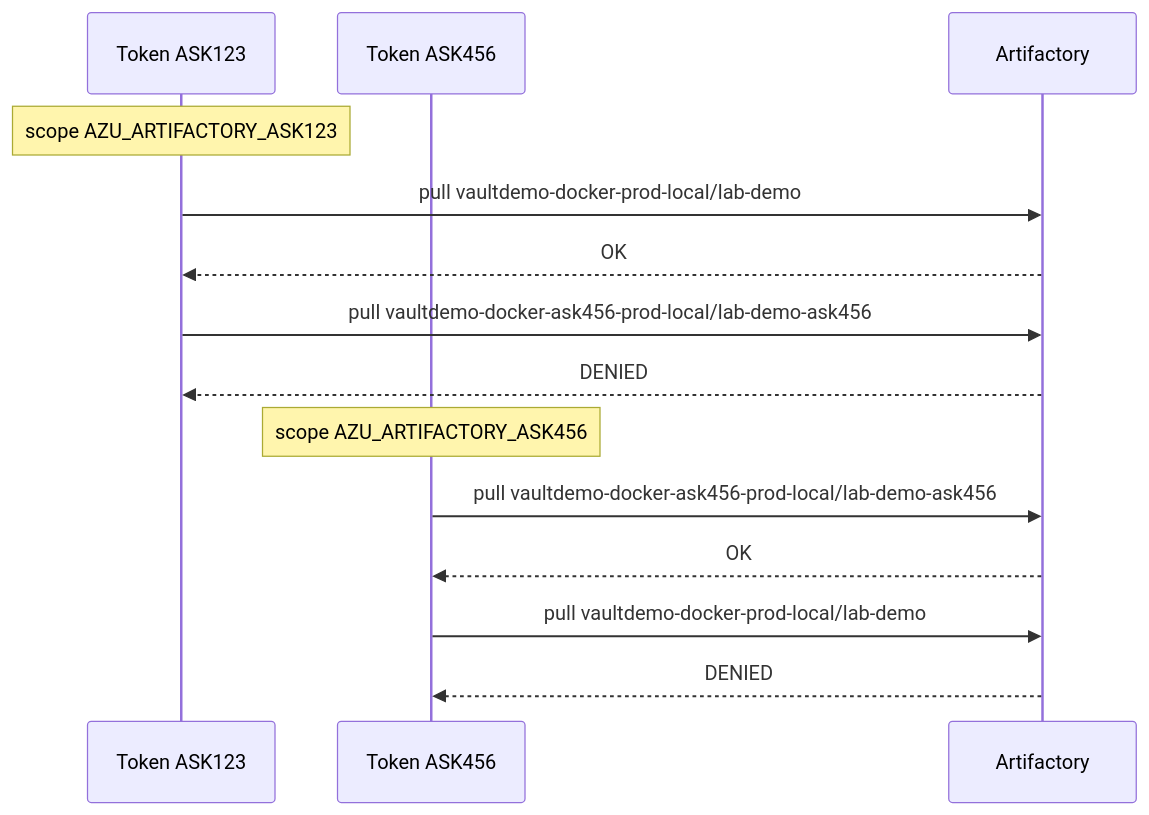
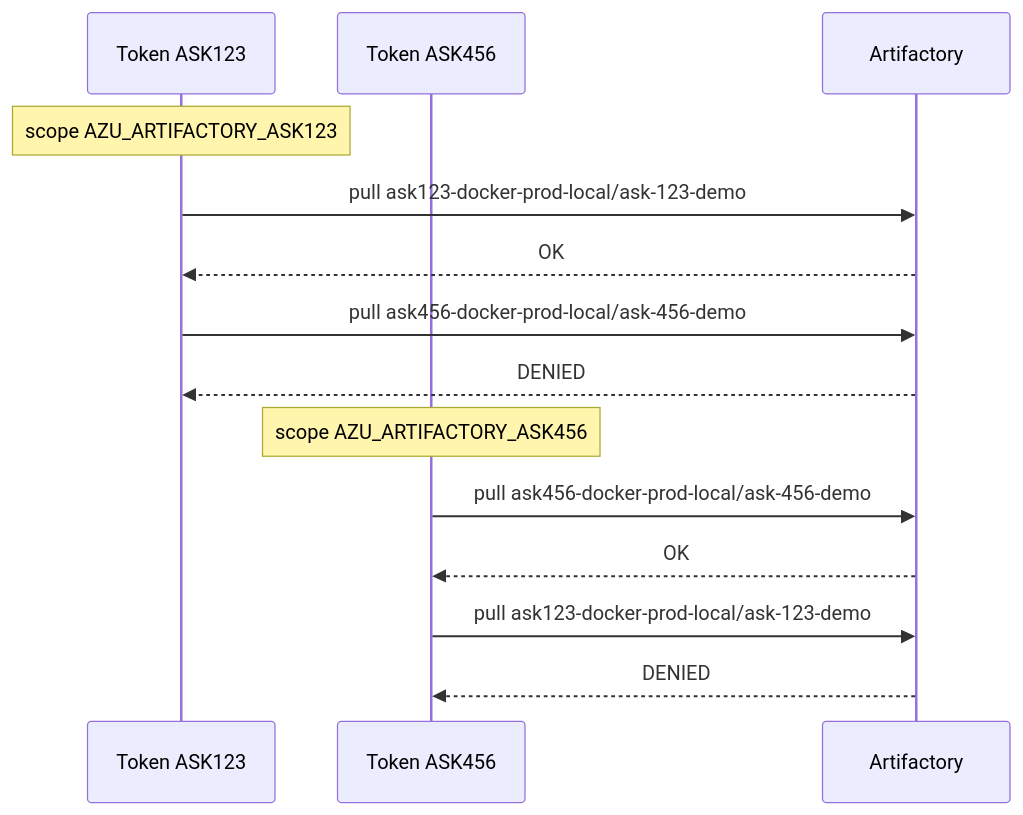
Before and after one commit to tomjfrog/vault-artifactory-lab: the fifth of 7 diagrams in docs/visual-architecture.md, drawn with Mermaid. The commit also changed other lines of this file and 32 other files, not shown here.

````diff
--- a/docs/visual-architecture.md
+++ b/docs/visual-architecture.md
@@ -340,18 +305,18 @@
 ```mermaid
 sequenceDiagram
     participant T123 as Token ASK123
     participant T456 as Token ASK456
     participant RT as Artifactory
 
     Note over T123: scope AZU_ARTIFACTORY_ASK123
-    T123->>RT: pull vaultdemo-docker-prod-local/lab-demo
+    T123->>RT: pull ask123-docker-prod-local/ask-123-demo
     RT-->>T123: OK
-    T123->>RT: pull vaultdemo-docker-ask456-prod-local/lab-demo-ask456
+    T123->>RT: pull ask456-docker-prod-local/ask-456-demo
     RT-->>T123: DENIED
 
     Note over T456: scope AZU_ARTIFACTORY_ASK456
-    T456->>RT: pull vaultdemo-docker-ask456-prod-local/lab-demo-ask456
+    T456->>RT: pull ask456-docker-prod-local/ask-456-demo
     RT-->>T456: OK
-    T456->>RT: pull vaultdemo-docker-prod-local/lab-demo
+    T456->>RT: pull ask123-docker-prod-local/ask-123-demo
     RT-->>T456: DENIED
 ```
````
